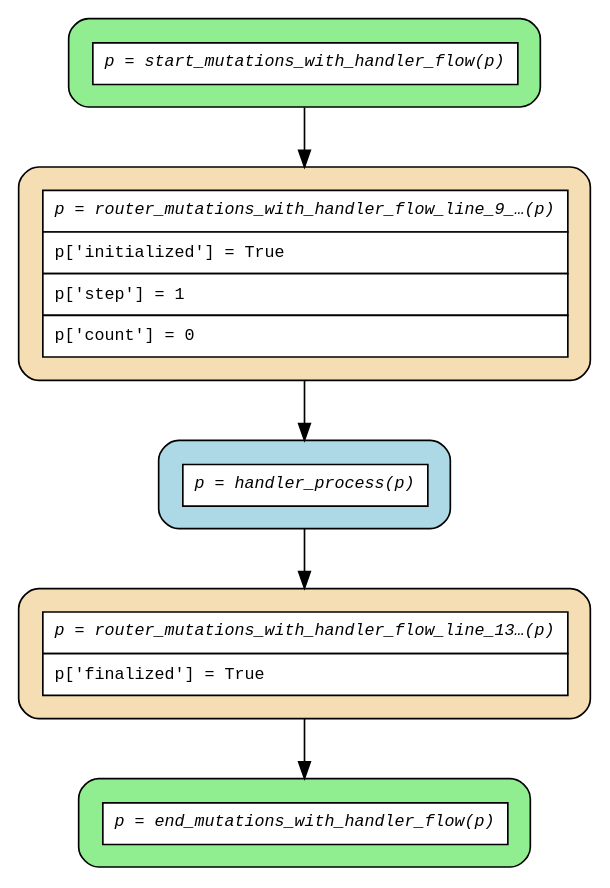
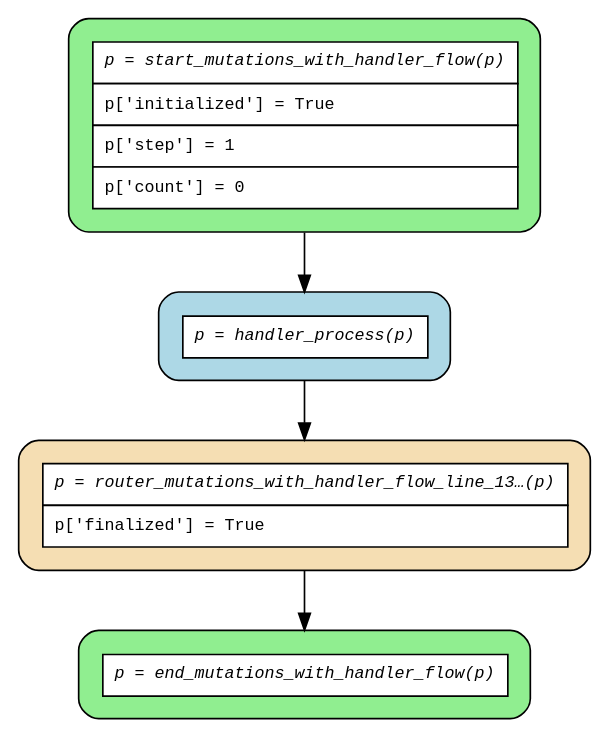
One commit to deliveryhero/asya changed the diagram in examples/flows/compiled/mutations_with_handler/flow.dot. Above: the diagram before and after it, drawn with Graphviz. The commit also changed 21 other files, not shown here.

Commit message:
Add mutations to start_* and make proper except flow

```diff
--- a/examples/flows/compiled/mutations_with_handler/flow.dot
+++ b/examples/flows/compiled/mutations_with_handler/flow.dot
@@ -1,17 +1,15 @@
 digraph flow {
   rankdir=TB;
   graph [fontname="Courier", fontsize=10];
   node [fontname="Courier", fontsize=10, shape=box, style="filled,rounded", margin="0.2"];
   edge [fontname="Courier", fontsize=10];
 
-  start_mutations_with_handler_flow [fillcolor="lightgreen", group="main", label=<<table border="0" cellspacing="0" cellpadding="6" cellborder="1"><tr><td bgcolor="white" align="center"><i>p = start_mutations_with_handler_flow(p)</i></td></tr></table>>];
+  start_mutations_with_handler_flow [fillcolor="lightgreen", group="main", label=<<table border="0" cellspacing="0" cellpadding="6" cellborder="1"><tr><td bgcolor="white" align="center"><i>p = start_mutations_with_handler_flow(p)</i></td></tr><tr><td bgcolor="white" align="left">p['initialized'] = True</td></tr><tr><td bgcolor="white" align="left">p['step'] = 1</td></tr><tr><td bgcolor="white" align="left">p['count'] = 0</td></tr></table>>];
   router_mutations_with_handler_flow_line_13_seq [fillcolor="wheat", group="main", label=<<table border="0" cellspacing="0" cellpadding="6" cellborder="1"><tr><td bgcolor="white" align="center"><i>p = router_mutations_with_handler_flow_line_13…(p)</i></td></tr><tr><td bgcolor="white" align="left">p['finalized'] = True</td></tr></table>>];
-  router_mutations_with_handler_flow_line_9_seq [fillcolor="wheat", group="main", label=<<table border="0" cellspacing="0" cellpadding="6" cellborder="1"><tr><td bgcolor="white" align="center"><i>p = router_mutations_with_handler_flow_line_9_…(p)</i></td></tr><tr><td bgcolor="white" align="left">p['initialized'] = True</td></tr><tr><td bgcolor="white" align="left">p['step'] = 1</td></tr><tr><td bgcolor="white" align="left">p['count'] = 0</td></tr></table>>];
   end_mutations_with_handler_flow [fillcolor="lightgreen", group="main", label=<<table border="0" cellspacing="0" cellpadding="6" cellborder="1"><tr><td bgcolor="white" align="center"><i>p = end_mutations_with_handler_flow(p)</i></td></tr></table>>];
   handler_process [fillcolor="lightblue", label=<<table border="0" cellspacing="0" cellpadding="6" cellborder="1"><tr><td bgcolor="white" align="center"><i>p = handler_process(p)</i></td></tr></table>>];
 
   handler_process -> router_mutations_with_handler_flow_line_13_seq;
   router_mutations_with_handler_flow_line_13_seq -> end_mutations_with_handler_flow;
-  router_mutations_with_handler_flow_line_9_seq -> handler_process;
-  start_mutations_with_handler_flow -> router_mutations_with_handler_flow_line_9_seq;
+  start_mutations_with_handler_flow -> handler_process;
 }
```
